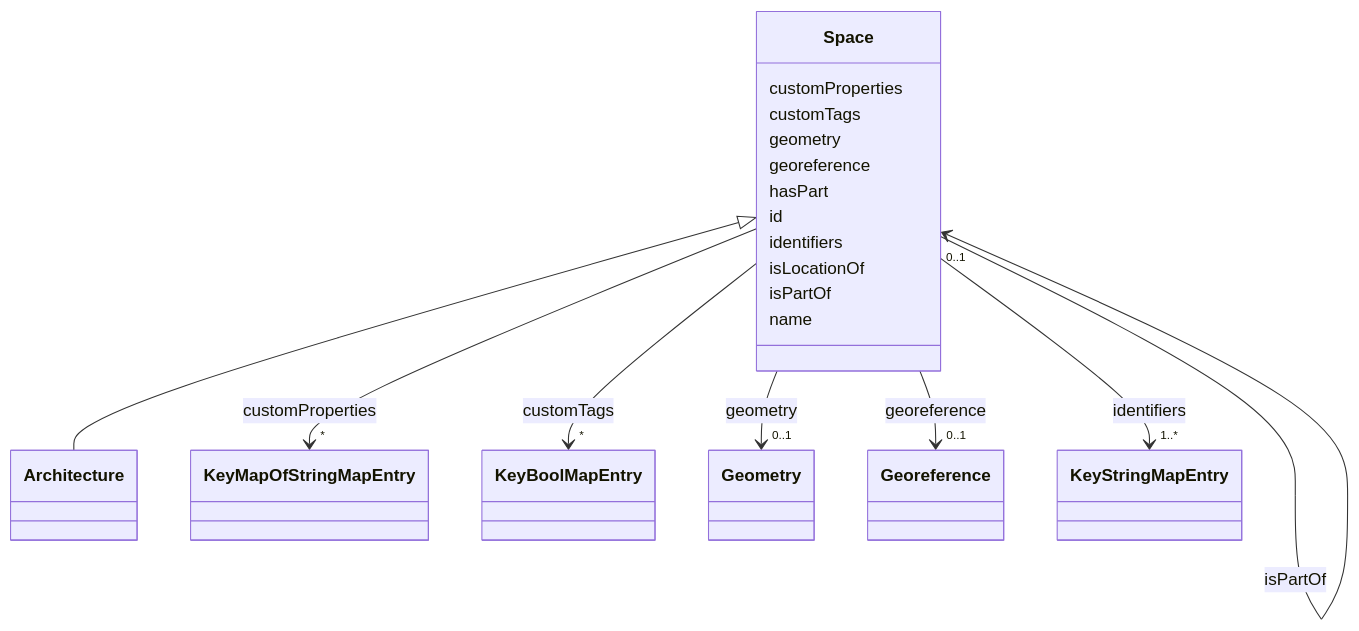
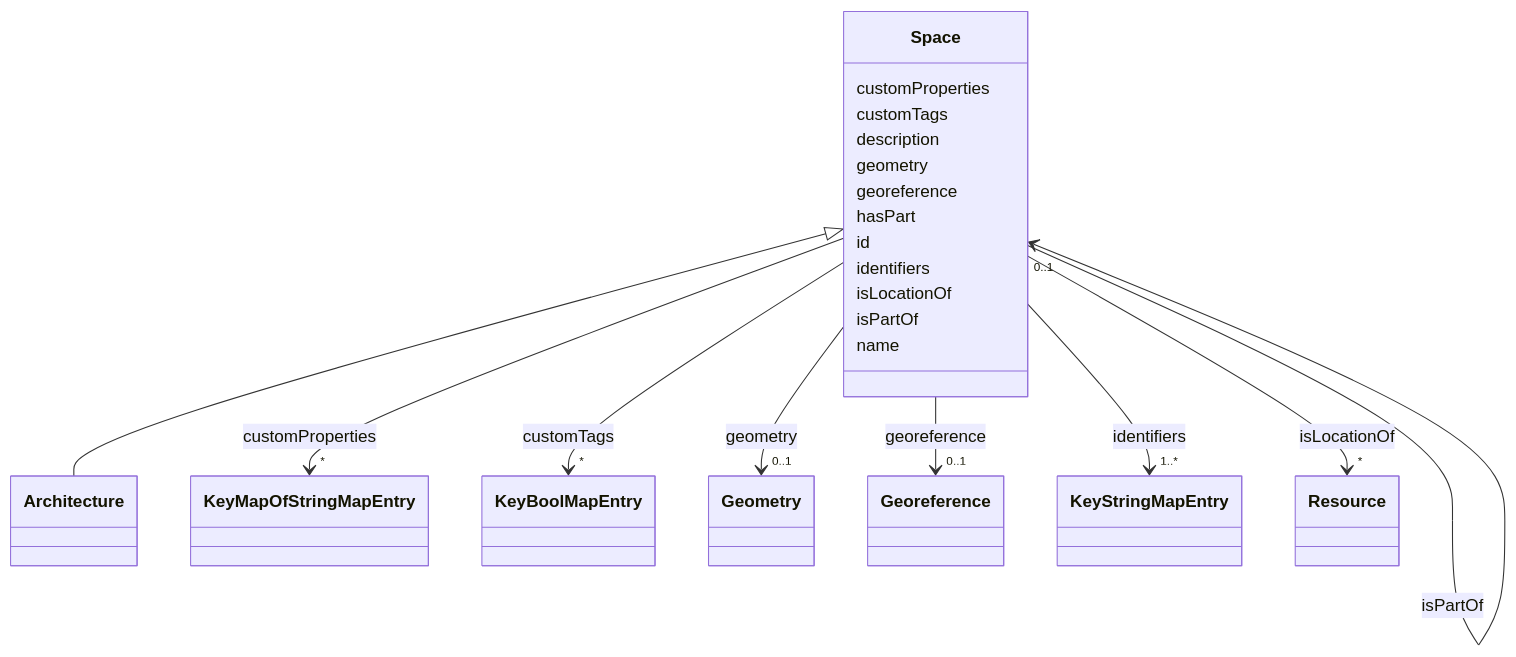
Before and after one commit to takashikasuya/smartbuiding_ontology: the diagram in docs/Space.md, drawn with Mermaid. The commit also changed other lines of this file and 134 other files, not shown here.

First line of the commit message:
Refactor schema types and documentation

```diff
--- a/docs/Space.md
+++ b/docs/Space.md
@@ -44,6 +44,8 @@
     
 
         
+      Space : description
+        
       Space : geometry
         
           
@@ -68,6 +70,15 @@
         
       Space : hasPart
         
+          
+    
+        
+        
+        Space --> "*" Space : hasPart
+        click Space href "../Space/"
+    
+
+        
       Space : id
         
       Space : identifiers
@@ -87,8 +98,8 @@
     
         
         
-        Space --> "*" Space : isLocationOf
-        click Space href "../Space/"
+        Space --> "*" Resource : isLocationOf
+        click Resource href "../Resource/"
     
 
         
```
